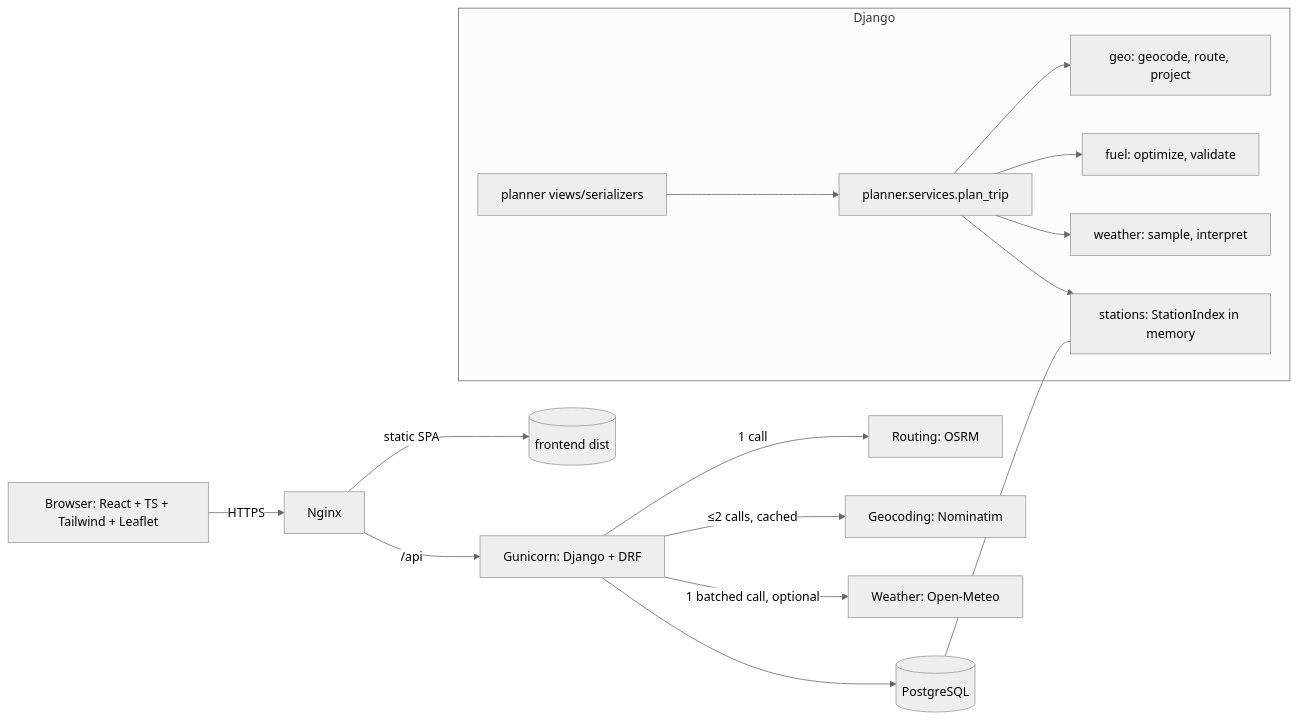
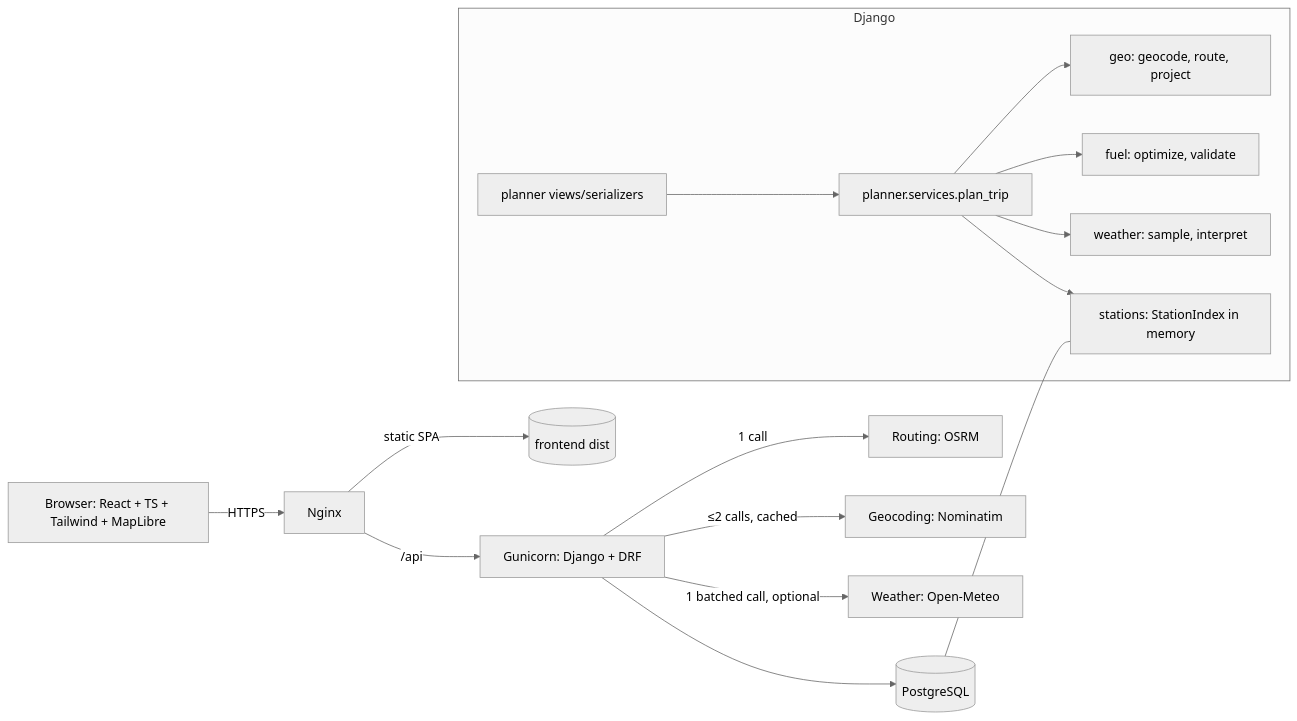
One commit to Faded-MG/RouteIQ changed the first of 3 diagrams in docs/ARCHITECTURE.md. Above: the diagram before and after it, drawn with Mermaid (neutral theme). The commit also changed other lines of this file and 5 other files, not shown here.

Commit message:
docs: align UI docs with MapLibre [CR-UI-1]

````diff
--- a/docs/ARCHITECTURE.md
+++ b/docs/ARCHITECTURE.md
@@ -21,18 +21,18 @@
 ```mermaid
 flowchart LR
-  U[Browser: React + TS + Tailwind + Leaflet] -->|HTTPS| N[Nginx]
+  U[Browser: React + TS + Tailwind + MapLibre] -->|HTTPS| N[Nginx]
   N -->|/api| G[Gunicorn: Django + DRF]
   N -->|static SPA| S[(frontend dist)]
   G --> P[(PostgreSQL)]
   G -->|1 call| R[Routing: OSRM]
   G -->|≤2 calls, cached| GC[Geocoding: Nominatim]
   G -->|1 batched call, optional| W[Weather: Open-Meteo]
   subgraph Django
     V[planner views/serializers] --> O[planner.services.plan_trip]
     O --> geo[geo: geocode, route, project]
     O --> fuel[fuel: optimize, validate]
     O --> wx[weather: sample, interpret]
     O --> idx[stations: StationIndex in memory]
   end
   P --- idx
 ```
````
